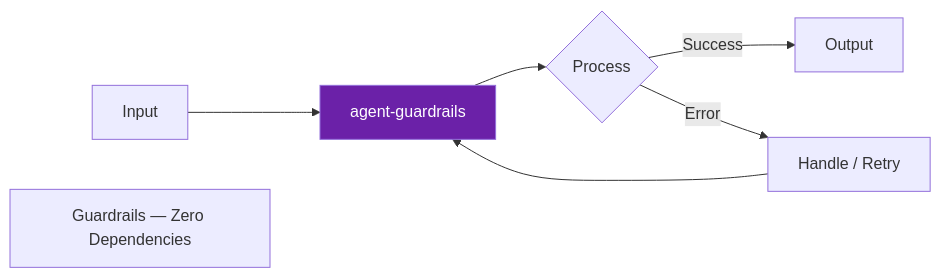
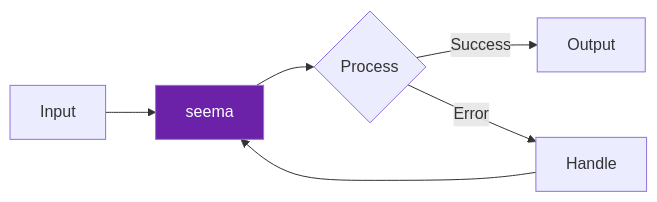
Before and after one commit to darshjme/agent-guardrails: the diagram in README.md, drawn with Mermaid. The commit also changed other lines of this file and 1 other file, not shown here.

First line of the commit message:
feat(vedic-v3): rename to seema (सीमा)

````diff
--- a/README.md
+++ b/README.md
@@ -48,10 +39,9 @@
 ```mermaid
 flowchart LR
-    A[Input] --> B[agent-guardrails]
+    A[Input] --> B[seema]
     B --> C{Process}
     C -- Success --> D[Output]
-    C -- Error --> E[Handle / Retry]
+    C -- Error --> E[Handle]
     E --> B
     style B fill:#6b21a8,color:#fff
-    note["Guardrails — Zero Dependencies"]
 ```
````
